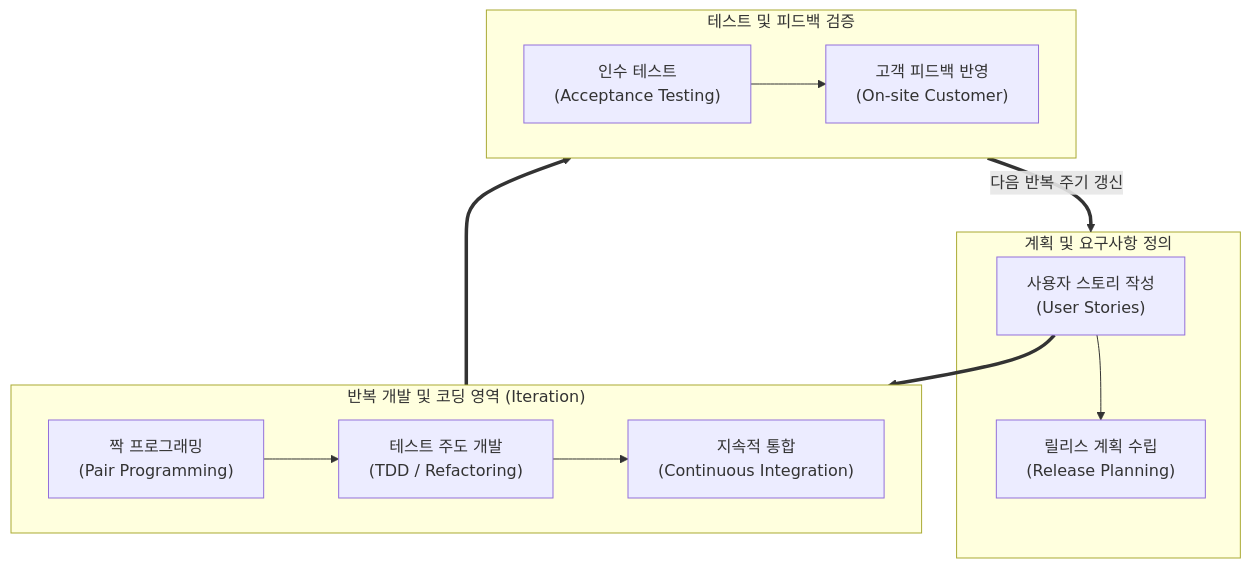
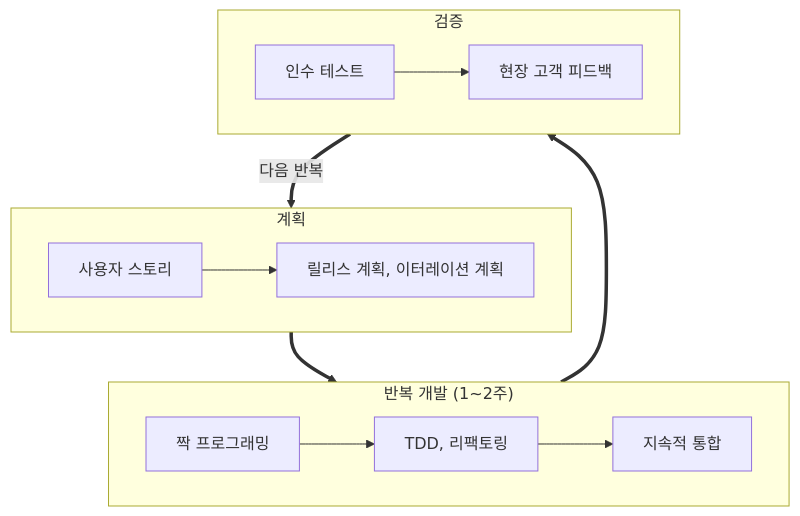
One commit to supremethumb/supremethumb.github.io changed the diagram in content/01_IT Tech/XP.md. Above: the diagram before and after it, drawn with Mermaid. The commit also changed other lines of this file and 1087 other files, not shown here.

````diff
--- a/content/01_IT Tech/XP.md
+++ b/content/01_IT Tech/XP.md
@@ -23,21 +35,16 @@
 ```mermaid
 flowchart TB
-    subgraph Planning["계획 및 요구사항 정의"]
-        US["사용자 스토리 작성<br/>(User Stories)"] --> RG["릴리스 계획 수립<br/>(Release Planning)"]
+    subgraph PL ["계획"]
+        US["사용자 스토리"] --> RP["릴리스 계획, 이터레이션 계획"]
     end
-
-    subgraph Iteration["반복 개발 및 코딩 영역 (Iteration)"]
+    subgraph IT ["반복 개발 (1~2주)"]
         direction LR
-        PP["짝 프로그래밍<br/>(Pair Programming)"] --> TDD["테스트 주도 개발<br/>(TDD / Refactoring)"]
-        TDD --> CI["지속적 통합<br/>(Continuous Integration)"]
+        PP["짝 프로그래밍"] --> TD["TDD, 리팩토링"]
+        TD --> CI["지속적 통합"]
     end
-
-    subgraph Feedback["테스트 및 피드백 검증"]
-        AT["인수 테스트<br/>(Acceptance Testing)"] --> FB["고객 피드백 반영<br/>(On-site Customer)"]
+    subgraph FBK ["검증"]
+        AT["인수 테스트"] --> CU["현장 고객 피드백"]
     end
-
-    US ==> Iteration
-    CI ==> Feedback
-    Feedback ==>|다음 반복 주기 갱신| Planning
-
+    PL ==> IT ==> FBK
+    FBK ==>|"다음 반복"| PL
 ```
````
